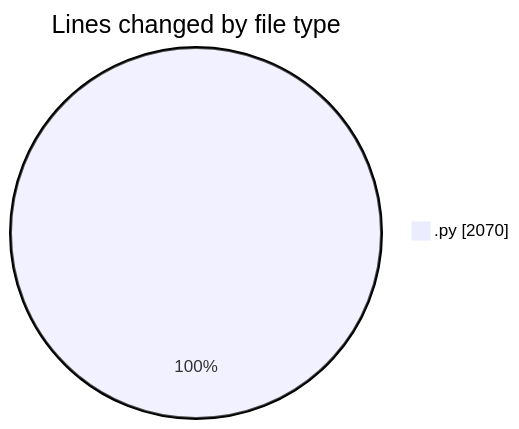
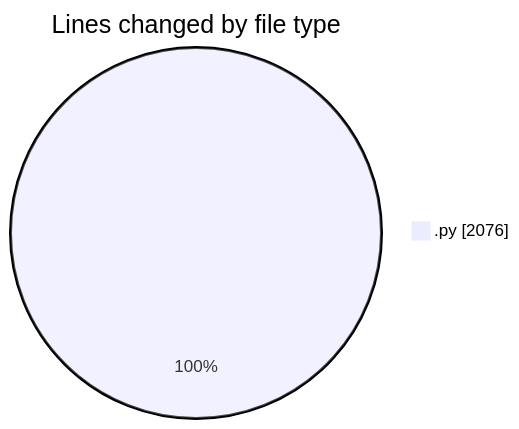
Before and after one commit to MatusMokan/code-tracking: the first of 2 diagrams in 2025-04-19/myws__workspace_/README.md, drawn with Mermaid. The commit also changed other lines of this file and 1 other file, not shown here.

````diff
--- a/2025-04-19/myws__workspace_/README.md
+++ b/2025-04-19/myws__workspace_/README.md
@@ -23,5 +23,5 @@
 ```mermaid
 pie showData
 title Lines changed by file type
-".py" : 2070
+".py" : 2076
 ```
````
